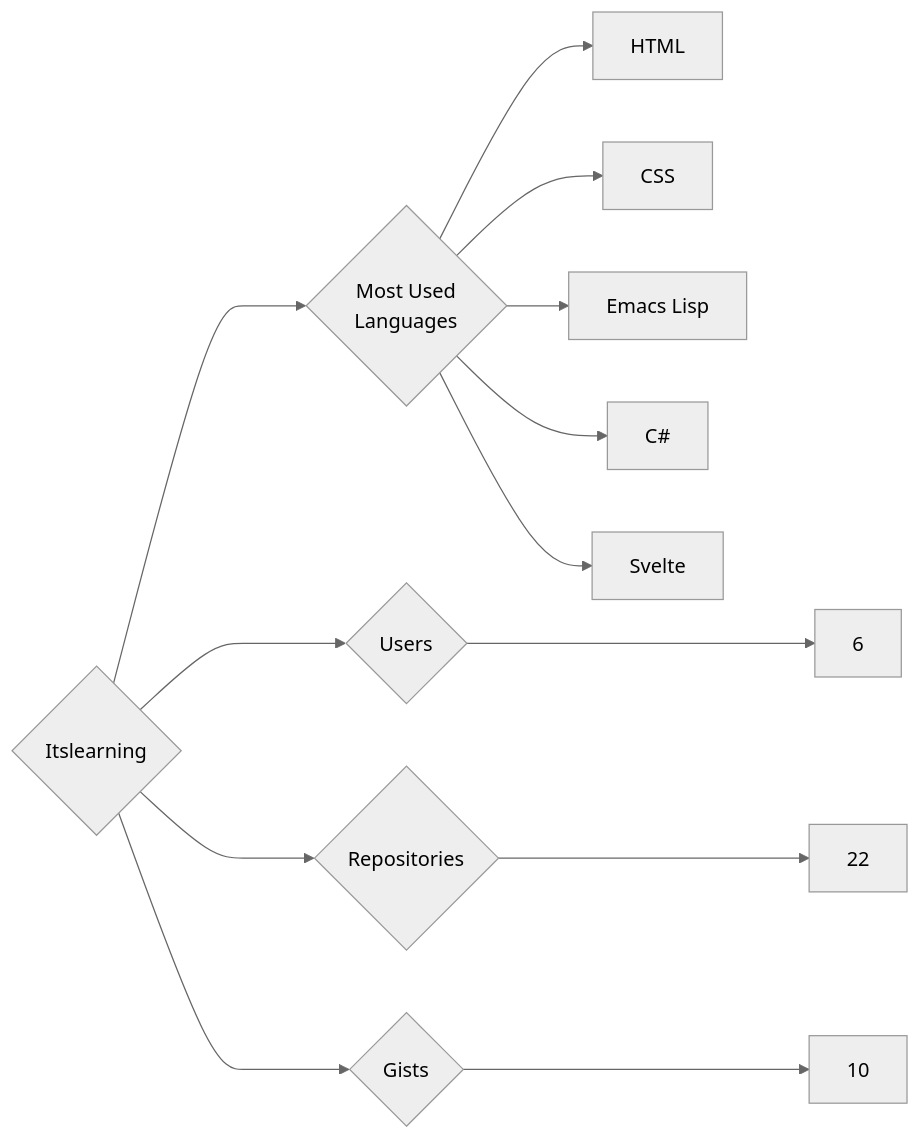
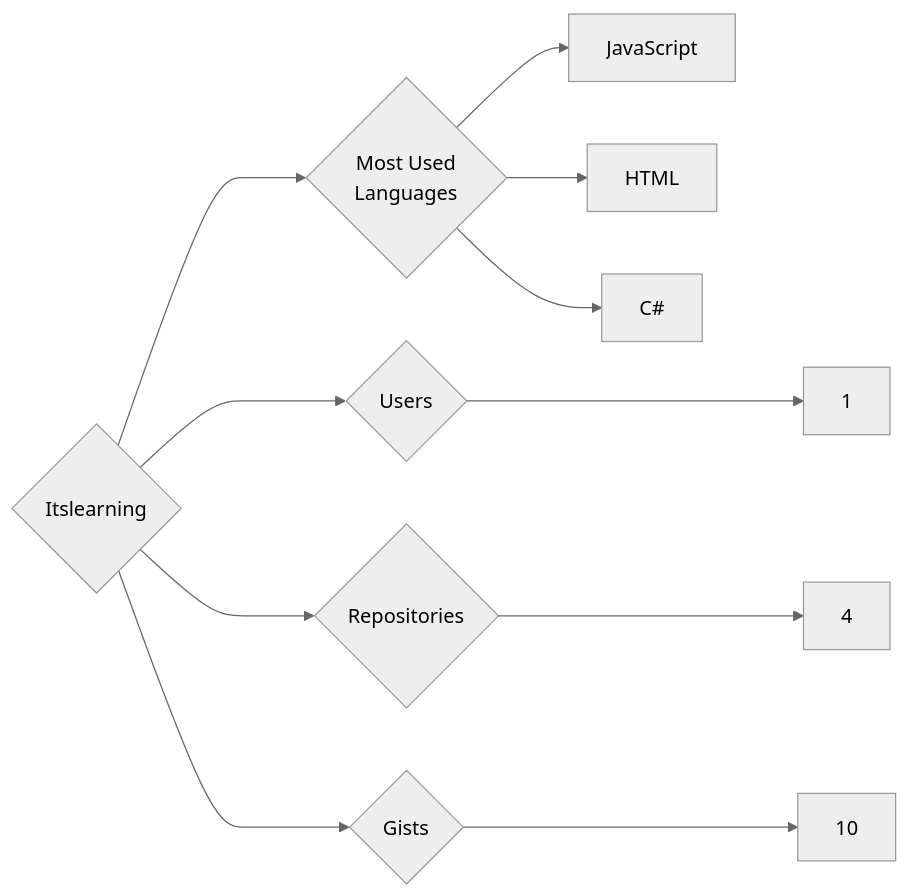
The diagram in targets/Itslearning/README.md (trickest/insiders), drawn with Mermaid (neutral theme) before and after one commit. The commit also changed 745 other files, not shown here.

````diff
--- a/targets/Itslearning/README.md
+++ b/targets/Itslearning/README.md
@@ -3,13 +3,11 @@
 ```mermaid
 graph LR
 COMPANY_NAME{Itslearning}
-COMPANY_NAME ---> U{Users} ---> UN[6]
-COMPANY_NAME ---> R{Repositories} ---> RN[22]
+COMPANY_NAME ---> U{Users} ---> UN[1]
+COMPANY_NAME ---> R{Repositories} ---> RN[4]
 COMPANY_NAME ---> G{Gists} ---> GN[10]
 COMPANY_NAME ---> ML{Most Used<br>Languages}
+ML --> JavaScript[JavaScript]
 ML --> HTML[HTML]
-ML --> CSS[CSS]
-ML --> Emacs_Lisp[Emacs Lisp]
 ML --> C#[C#]
-ML --> Svelte[Svelte]
 ```
````
